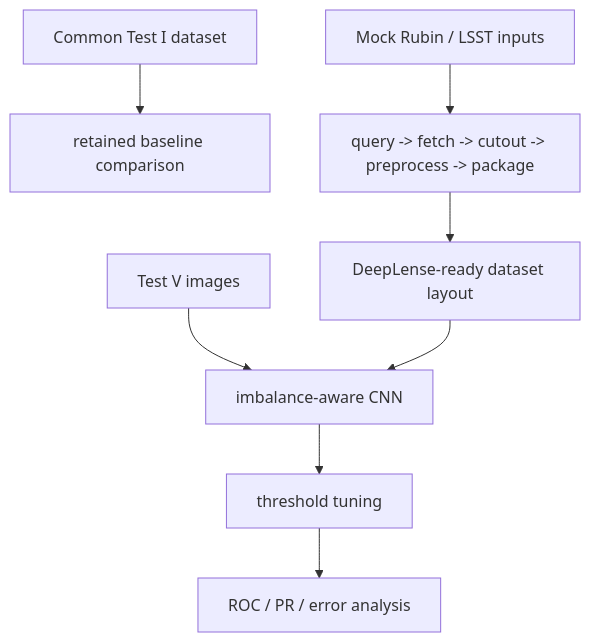
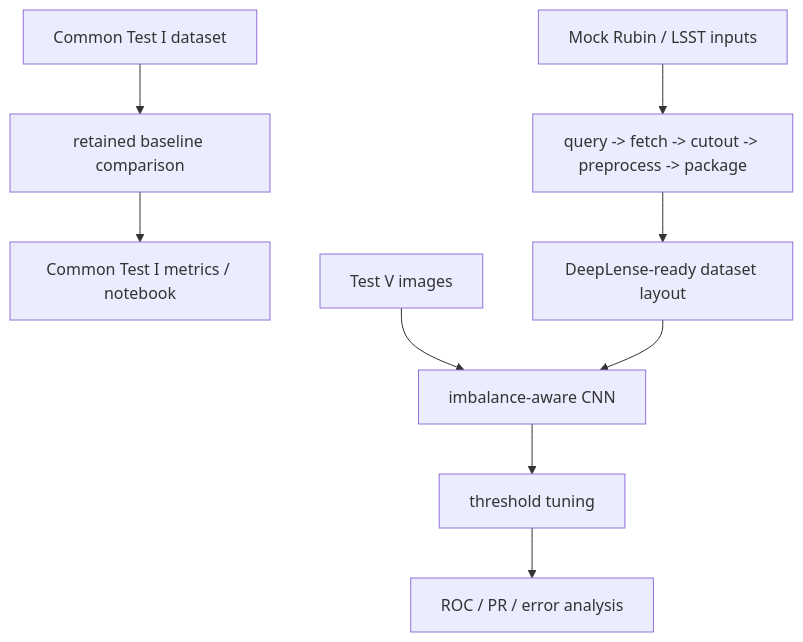
The diagram in README.md (Atharva12081/LensForge), drawn with Mermaid before and after one commit.

Commit message:
Fix README workflow diagram

````diff
--- a/README.md
+++ b/README.md
@@ -146,10 +146,11 @@
 ```mermaid
 flowchart TD
     A["Common Test I dataset"] --> B["retained baseline comparison"]
+    B --> J["Common Test I metrics / notebook"]
     C["Test V images"] --> D["imbalance-aware CNN"]
     D --> E["threshold tuning"]
     E --> F["ROC / PR / error analysis"]
     G["Mock Rubin / LSST inputs"] --> H["query -> fetch -> cutout -> preprocess -> package"]
     H --> I["DeepLense-ready dataset layout"]
     I --> D
 ```
````
